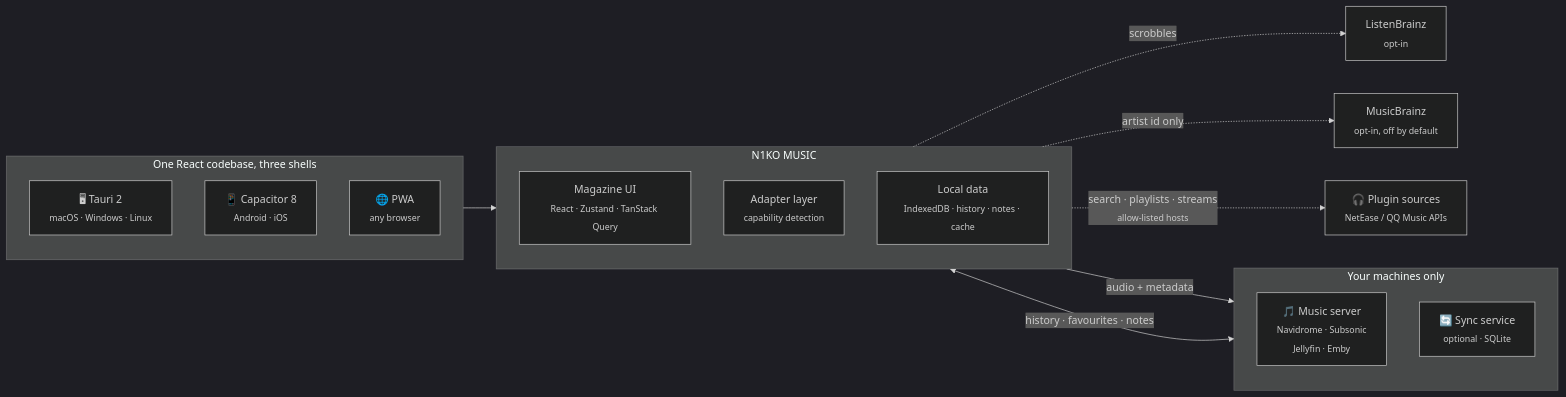
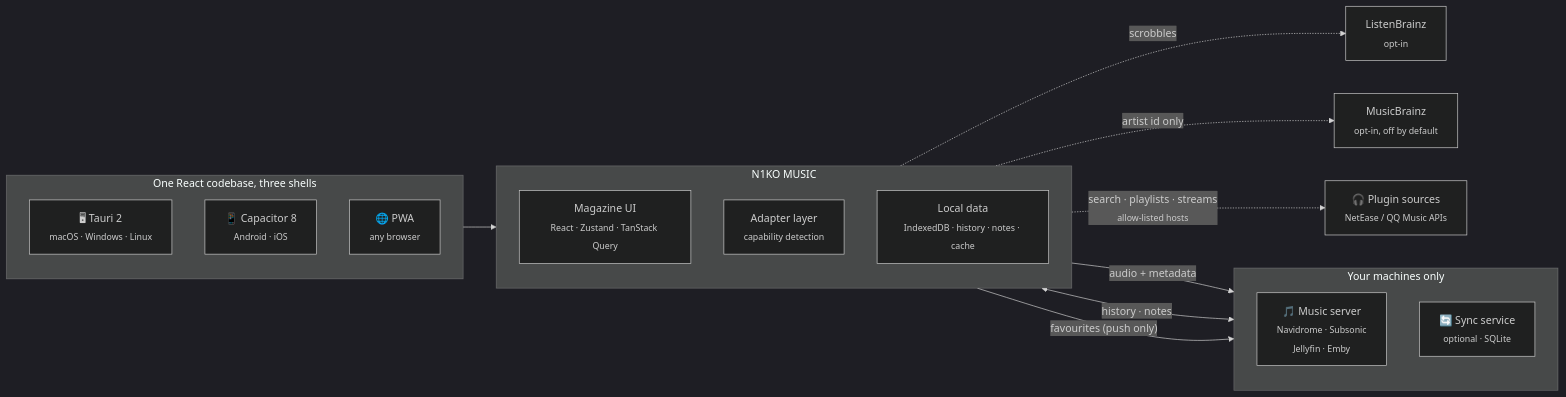
The diagram in README.md (baogutang/N1KO-MUSIC), drawn with Mermaid (dark theme) before and after one commit. The commit also changed other lines of this file and 39 other files, not shown here.

````diff
--- a/README.md
+++ b/README.md
@@ -301,33 +301,34 @@
 ```mermaid
 flowchart LR
     subgraph shells["One React codebase, three shells"]
         direction TB
         D["🖥 Tauri 2<br/><sub>macOS · Windows · Linux</sub>"]
         M["📱 Capacitor 8<br/><sub>Android · iOS</sub>"]
         W["🌐 PWA<br/><sub>any browser</sub>"]
     end
 
     subgraph app["N1KO MUSIC"]
         direction TB
         UI["Magazine UI<br/><sub>React · Zustand · TanStack Query</sub>"]
         AD["Adapter layer<br/><sub>capability detection</sub>"]
         LO["Local data<br/><sub>IndexedDB · history · notes · cache</sub>"]
     end
 
     subgraph yours["Your machines only"]
         direction TB
         S["🎵 Music server<br/><sub>Navidrome · Subsonic<br/>Jellyfin · Emby</sub>"]
         B["🔄 Sync service<br/><sub>optional · SQLite</sub>"]
     end
 
     shells --> app
     AD -->|"audio + metadata"| S
-    LO <-->|"history · favourites · notes"| B
+    LO <-->|"history · notes"| B
+    LO -->|"favourites (push only)"| B
 
     LB["ListenBrainz<br/><sub>opt-in</sub>"]
     MB["MusicBrainz<br/><sub>opt-in, off by default</sub>"]
     P["🎧 Plugin sources<br/><sub>NetEase / QQ Music APIs</sub>"]
     LO -.->|"scrobbles"| LB
     AD -.->|"artist id only"| MB
     AD -.->|"search · playlists · streams<br/><sub>allow-listed hosts</sub>"| P
 ```
````
